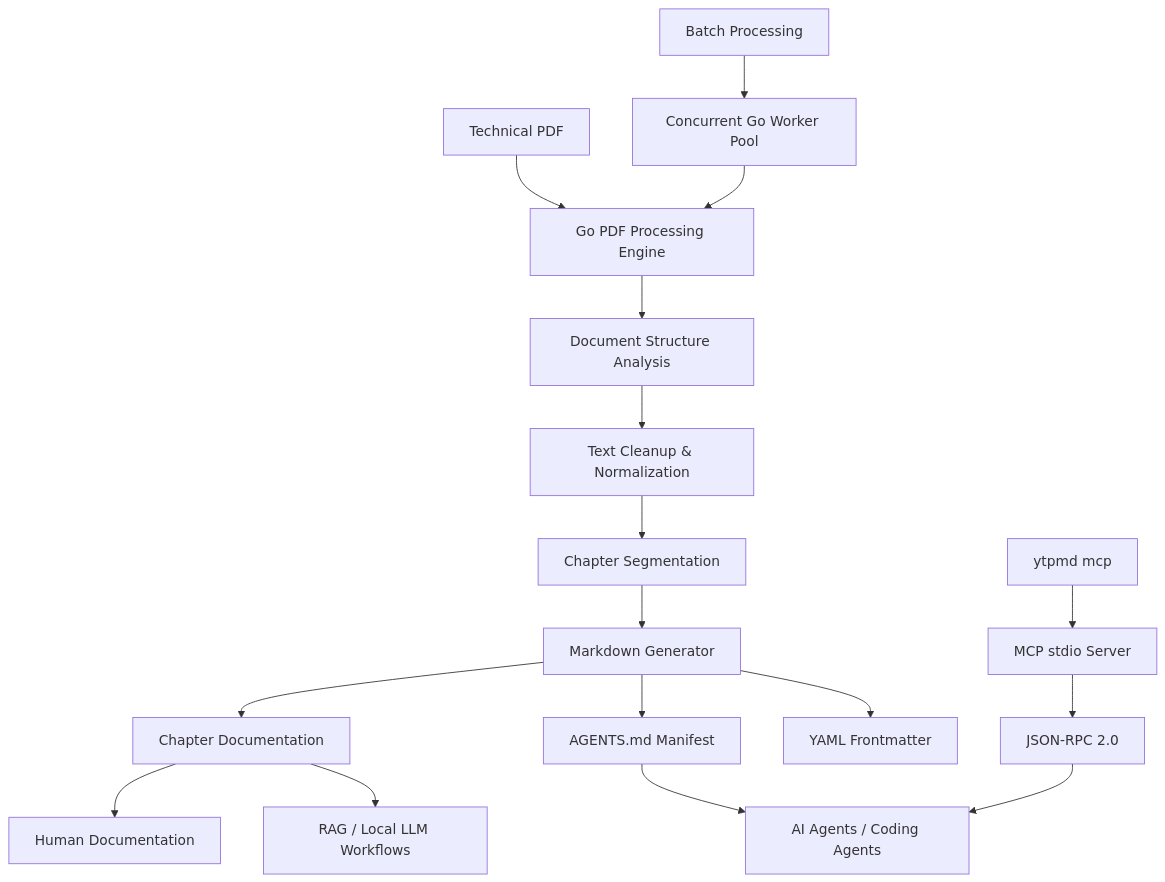
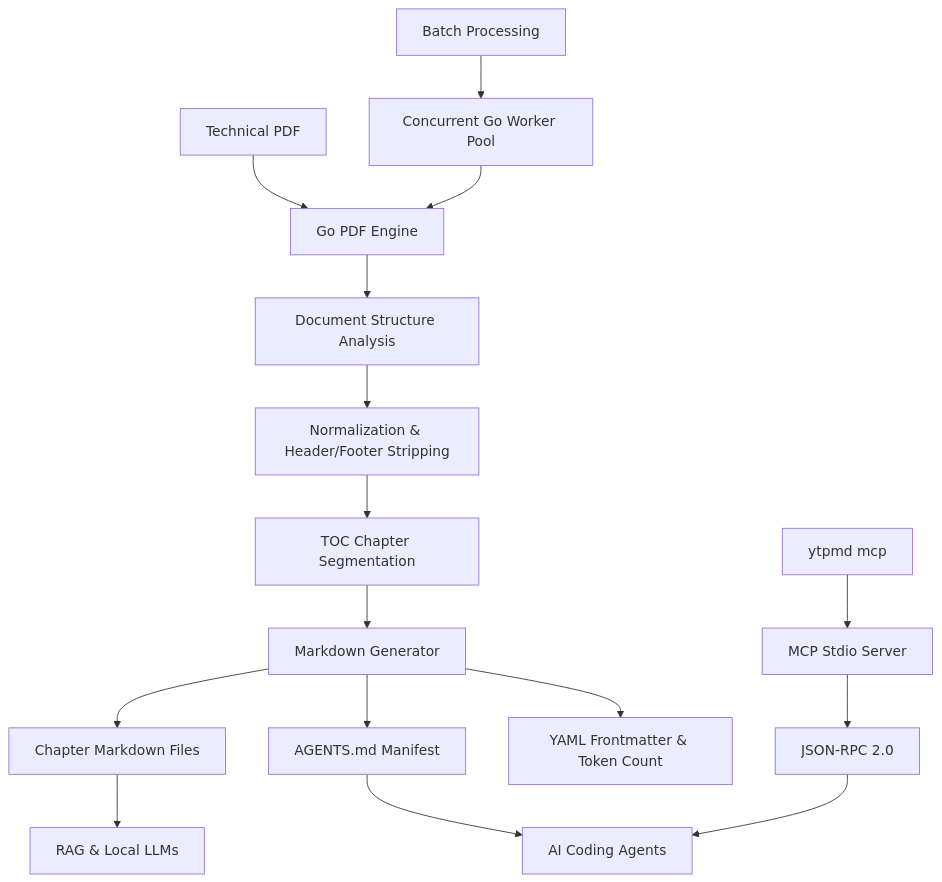
Before and after one commit to yahyaoncloud/yahyaoncloud-1: the diagram in content/projects/ytpmd.md, drawn with Mermaid. The commit also changed other lines of this file and 8 other files, not shown here.

````diff
--- a/content/projects/ytpmd.md
+++ b/content/projects/ytpmd.md
@@ -36,23 +30,22 @@
 ```mermaid
 graph TD
-    PDF[Technical PDF] --> Parser[Go PDF Processing Engine]
+    PDF[Technical PDF] --> Parser[Go PDF Engine]
     Parser --> Structure[Document Structure Analysis]
-    Structure --> Cleanup[Text Cleanup & Normalization]
-    Cleanup --> Chapters[Chapter Segmentation]
+    Structure --> Cleanup[Normalization & Header/Footer Stripping]
+    Cleanup --> Chapters[TOC Chapter Segmentation]
     Chapters --> Markdown[Markdown Generator]
 
-    Markdown --> Frontmatter[YAML Frontmatter]
+    Markdown --> Frontmatter[YAML Frontmatter & Token Count]
     Markdown --> Manifest[AGENTS.md Manifest]
-    Markdown --> Docs[Chapter Documentation]
+    Markdown --> Docs[Chapter Markdown Files]
 
-    Manifest --> Agents[AI Agents / Coding Agents]
-    Docs --> RAG[RAG / Local LLM Workflows]
-    Docs --> Human[Human Documentation]
+    Manifest --> Agents[AI Coding Agents]
+    Docs --> RAG[RAG & Local LLMs]
 
-    MCP[ytpmd mcp] --> MCPServer[MCP stdio Server]
+    MCP[ytpmd mcp] --> MCPServer[MCP Stdio Server]
     MCPServer --> JSONRPC[JSON-RPC 2.0]
     JSONRPC --> Agents
 
     Batch[Batch Processing] --> Workers[Concurrent Go Worker Pool]
     Workers --> Parser
 ```
````
